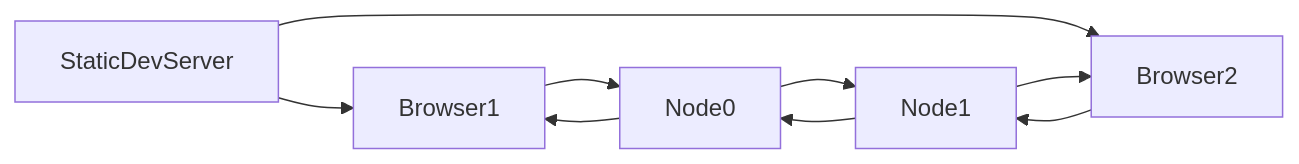
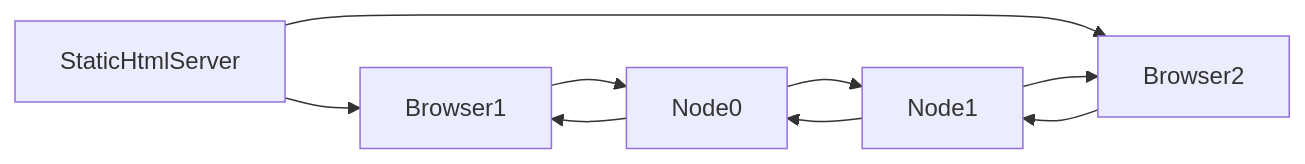
Before and after one commit to scottburch/pistol-examples: the diagram in README.md, drawn with Mermaid. The commit also changed other lines of this file, not shown here.

````diff
--- a/README.md
+++ b/README.md
@@ -15,9 +15,9 @@
 ```mermaid
 graph LR;
-    StaticDevServer-->Browser1
-    StaticDevServer-->Browser2
+    StaticHtmlServer-->Browser1
+    StaticHtmlServer-->Browser2
     Browser1-->Node0-->Node1-->Browser2;
     Browser2-->Node1-->Node0-->Browser1;
 
     
 ```
````
